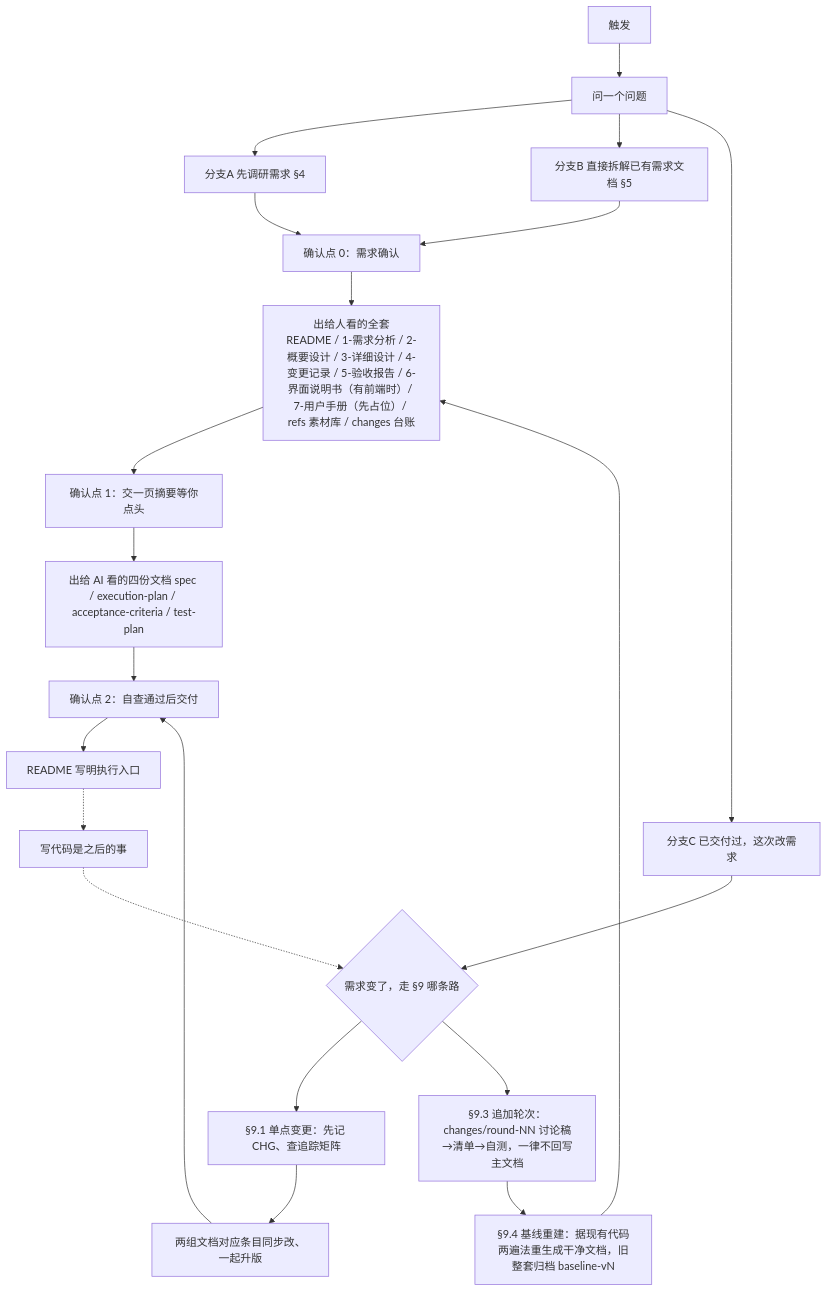
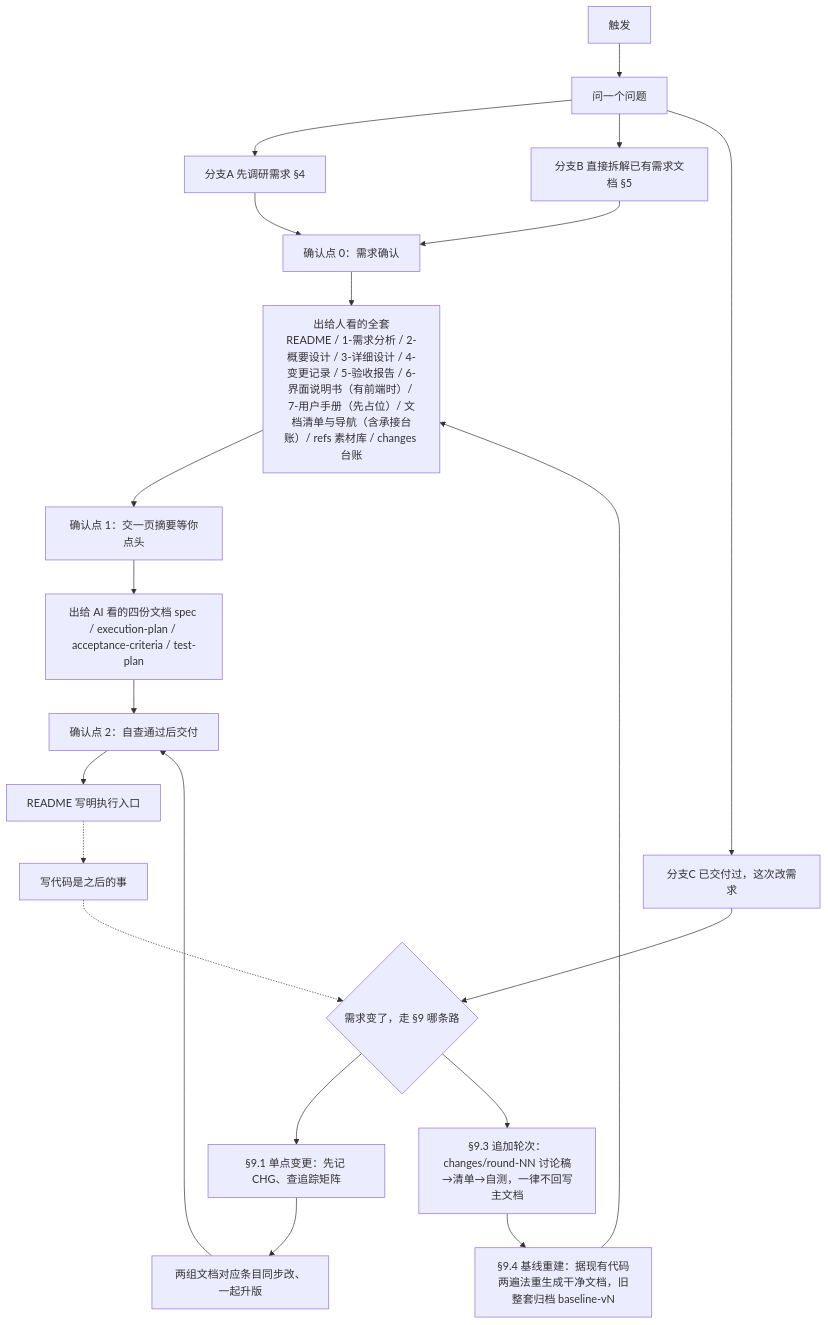
One commit to ankygithub/anky_ai_skill changed the diagram in spec-forge-fullstack/SKILL.md. Above: the diagram before and after it, drawn with Mermaid. The commit also changed other lines of this file and 9 other files, not shown here.

````diff
--- a/spec-forge-fullstack/SKILL.md
+++ b/spec-forge-fullstack/SKILL.md
@@ -21,23 +21,23 @@
 ```mermaid
 flowchart TD
     触发 --> 问一个问题
     问一个问题 --> 分支A[分支A 先调研需求 §4]
     问一个问题 --> 分支B[分支B 直接拆解已有需求文档 §5]
     问一个问题 --> 分支C[分支C 已交付过，这次改需求]
     分支A --> CP0[确认点 0：需求确认]
     分支B --> CP0
-    CP0 --> 文档1["出给人看的全套<br/>README / 1-需求分析 / 2-概要设计 / 3-详细设计 / 4-变更记录 / 5-验收报告 / 6-界面说明书（有前端时）/ 7-用户手册（先占位）/ refs 素材库 / changes 台账"]
+    CP0 --> 文档1["出给人看的全套<br/>README / 1-需求分析 / 2-概要设计 / 3-详细设计 / 4-变更记录 / 5-验收报告 / 6-界面说明书（有前端时）/ 7-用户手册（先占位）/ 文档清单与导航（含承接台账）/ refs 素材库 / changes 台账"]
     文档1 --> CP1[确认点 1：交一页摘要等你点头]
     CP1 --> 文档2[出给 AI 看的四份文档 spec / execution-plan / acceptance-criteria / test-plan]
     文档2 --> CP2[确认点 2：自查通过后交付]
     CP2 --> 交付[README 写明执行入口]
     交付 -.-> 编码[写代码是之后的事]
     编码 -.-> 变更{需求变了，走 §9 哪条路}
     分支C --> 变更
     变更 --> 单点[§9.1 单点变更：先记 CHG、查追踪矩阵]
     变更 --> 轮次[§9.3 追加轮次：changes/round-NN 讨论稿→清单→自测，一律不回写主文档]
     单点 --> 同步[两组文档对应条目同步改、一起升版]
     同步 --> CP2
     轮次 --> 重建[§9.4 基线重建：据现有代码两遍法重生成干净文档，旧整套归档 baseline-vN]
     重建 --> 文档1
 ```
````
